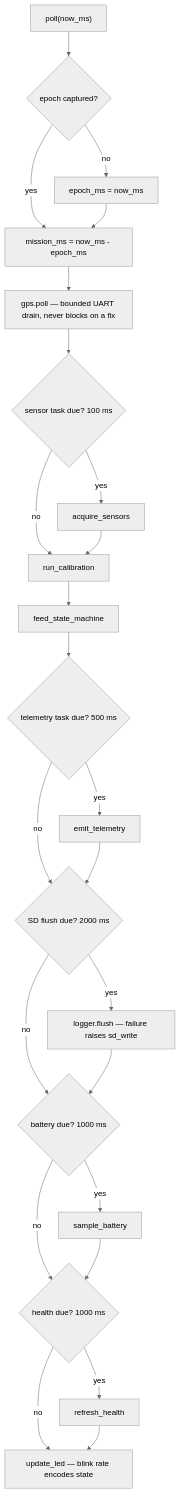
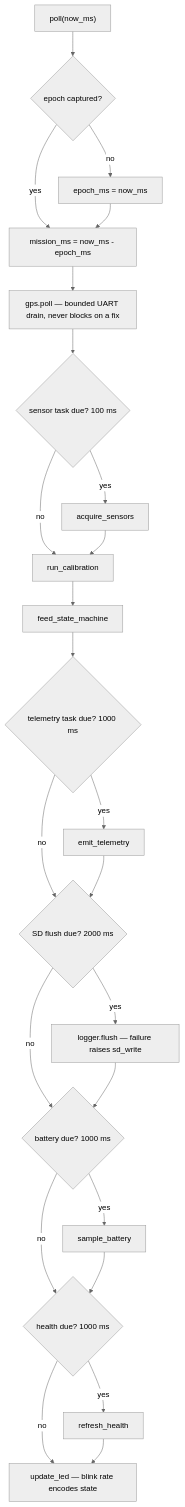
One commit to KunjSorathiya/CanSat-2026 changed the third of 9 diagrams in documentation/design/software-architecture.md. Above: the diagram before and after it, drawn with Mermaid (neutral theme). The commit also changed other lines of this file and 25 other files, not shown here.

````diff
--- a/documentation/design/software-architecture.md
+++ b/documentation/design/software-architecture.md
@@ -172,26 +172,26 @@
 ```mermaid
 flowchart TD
     A["poll(now_ms)"] --> B{"epoch captured?"}
     B -- no --> C["epoch_ms = now_ms"]
     B -- yes --> D["mission_ms = now_ms - epoch_ms"]
     C --> D
     D --> E["gps.poll — bounded UART drain, never blocks on a fix"]
     E --> F{"sensor task due? 100 ms"}
     F -- yes --> G["acquire_sensors"]
     F -- no --> H["run_calibration"]
     G --> H
     H --> I["feed_state_machine"]
-    I --> J{"telemetry task due? 500 ms"}
+    I --> J{"telemetry task due? 1000 ms"}
     J -- yes --> K["emit_telemetry"]
     J -- no --> L{"SD flush due? 2000 ms"}
     K --> L
     L -- yes --> M["logger.flush — failure raises sd_write"]
     L -- no --> N{"battery due? 1000 ms"}
     M --> N
     N -- yes --> O["sample_battery"]
     N -- no --> P{"health due? 1000 ms"}
     O --> P
     P -- yes --> Q["refresh_health"]
     P -- no --> R["update_led — blink rate encodes state"]
     Q --> R
 ```
````
